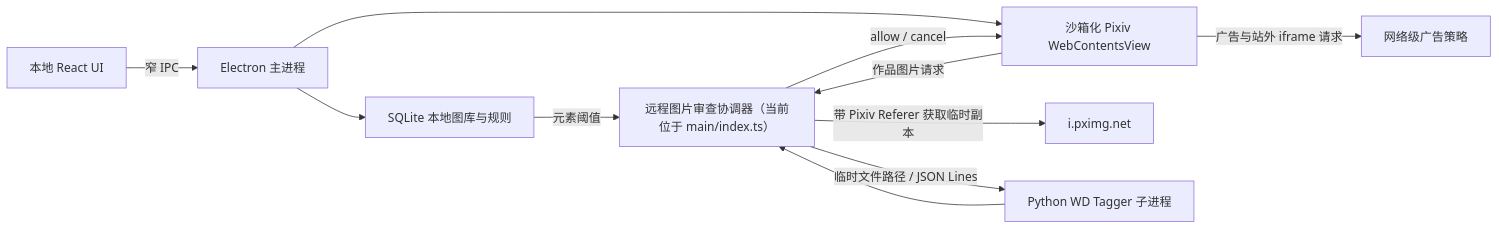
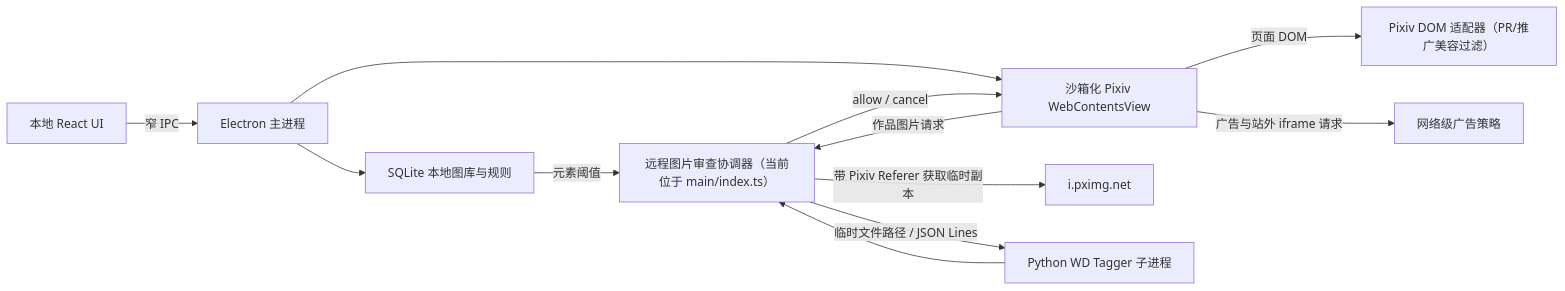
Before and after one commit to DemonGatanjieu/Digital-Sanctuary: the diagram in ARCHITECTURE.md, drawn with Mermaid. The commit also changed other lines of this file and 14 other files, not shown here.

````diff
--- a/ARCHITECTURE.md
+++ b/ARCHITECTURE.md
@@ -21,13 +22,14 @@
 ```mermaid
 flowchart LR
   UI["本地 React UI"] -->|"窄 IPC"| MAIN["Electron 主进程"]
   MAIN --> DB["SQLite 本地图库与规则"]
   MAIN --> VIEW["沙箱化 Pixiv WebContentsView"]
   VIEW -->|"作品图片请求"| REVIEW["远程图片审查协调器（当前位于 main/index.ts）"]
+  VIEW -->|"页面 DOM"| DOM["Pixiv DOM 适配器（PR/推广美容过滤）"]
   REVIEW -->|"带 Pixiv Referer 获取临时副本"| CDN["i.pximg.net"]
   REVIEW -->|"临时文件路径 / JSON Lines"| VISION["Python WD Tagger 子进程"]
   VISION --> REVIEW
   DB -->|"元素阈值"| REVIEW
   REVIEW -->|"allow / cancel"| VIEW
   VIEW -->|"广告与站外 iframe 请求"| ADBLOCK["网络级广告策略"]
 ```
````
